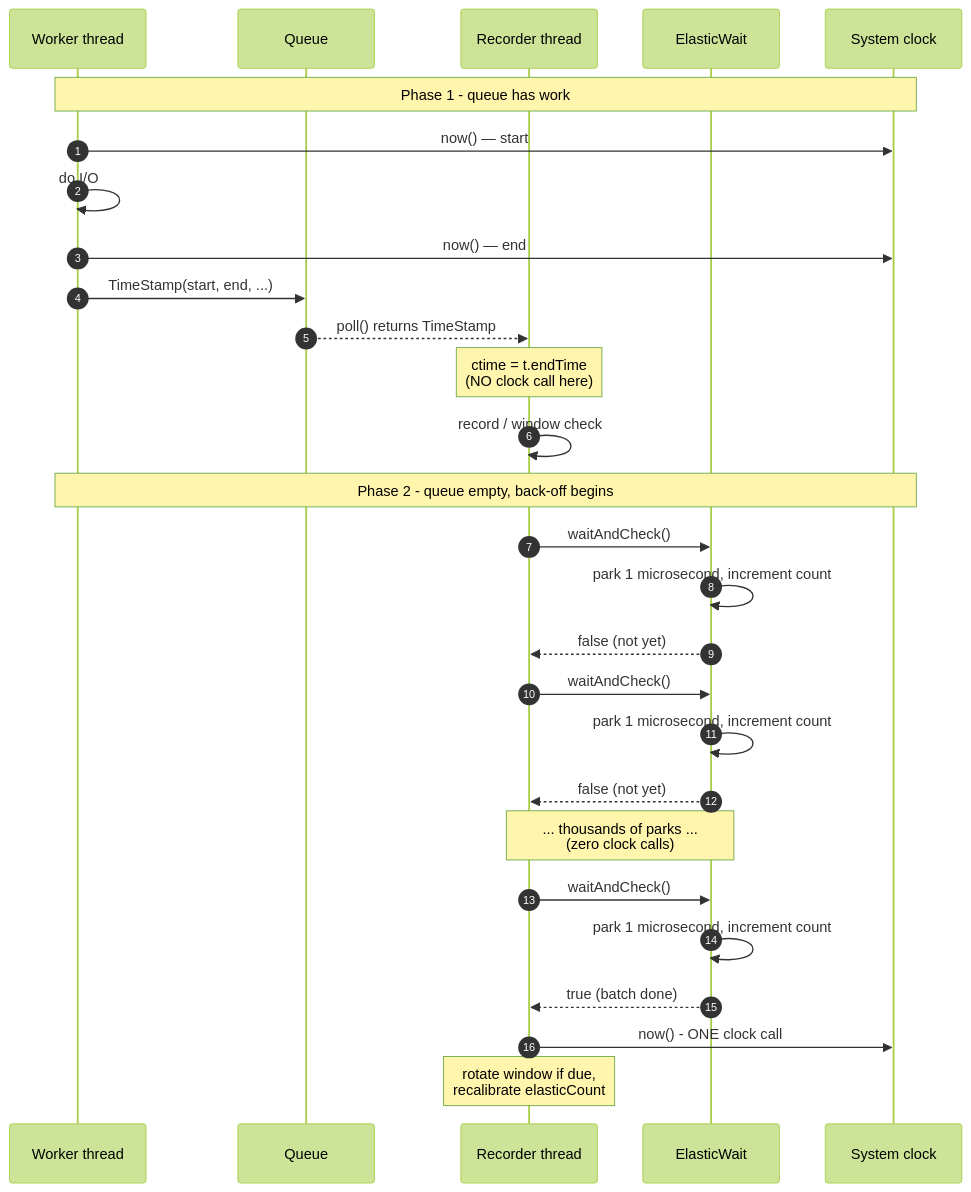
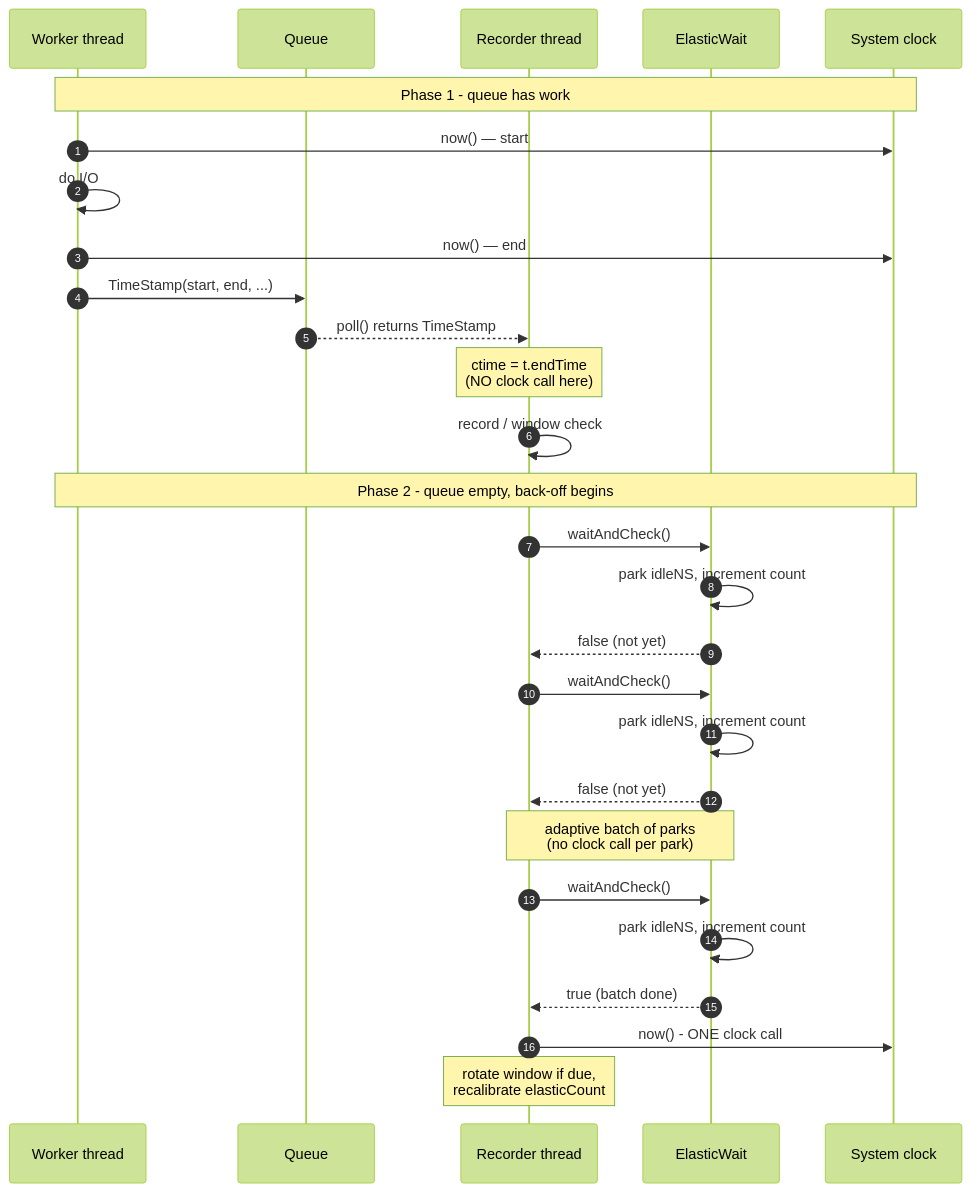
Before and after one commit to kmgowda/SBK: the ninth of 36 diagrams in docs/sbk-internals.md, drawn with Mermaid (forest theme). The commit also changed other lines of this file and 1 other file, not shown here.

Commit message:
Improve SBK internals architecture guide

````diff
--- a/docs/sbk-internals.md
+++ b/docs/sbk-internals.md
@@ -511,32 +744,32 @@
 ```mermaid
 sequenceDiagram
     autonumber
     participant W as Worker thread
     participant Q as Queue
     participant R as Recorder thread
     participant E as ElasticWait
     participant C as System clock
 
     Note over W,C: Phase 1 - queue has work
     W->>C: now() — start
     W->>W: do I/O
     W->>C: now() — end
     W->>Q: TimeStamp(start, end, ...)
     Q-->>R: poll() returns TimeStamp
     Note over R: ctime = t.endTime<br/>(NO clock call here)
     R->>R: record / window check
 
     Note over W,C: Phase 2 - queue empty, back-off begins
     R->>E: waitAndCheck()
-    E->>E: park 1 microsecond, increment count
+    E->>E: park idleNS, increment count
     E-->>R: false (not yet)
     R->>E: waitAndCheck()
-    E->>E: park 1 microsecond, increment count
+    E->>E: park idleNS, increment count
     E-->>R: false (not yet)
-    Note over R,E: ... thousands of parks ...<br/>(zero clock calls)
+    Note over R,E: adaptive batch of parks<br/>(no clock call per park)
     R->>E: waitAndCheck()
-    E->>E: park 1 microsecond, increment count
+    E->>E: park idleNS, increment count
     E-->>R: true (batch done)
     R->>C: now() - ONE clock call
     Note over R: rotate window if due,<br/>recalibrate elasticCount
 ```
````
